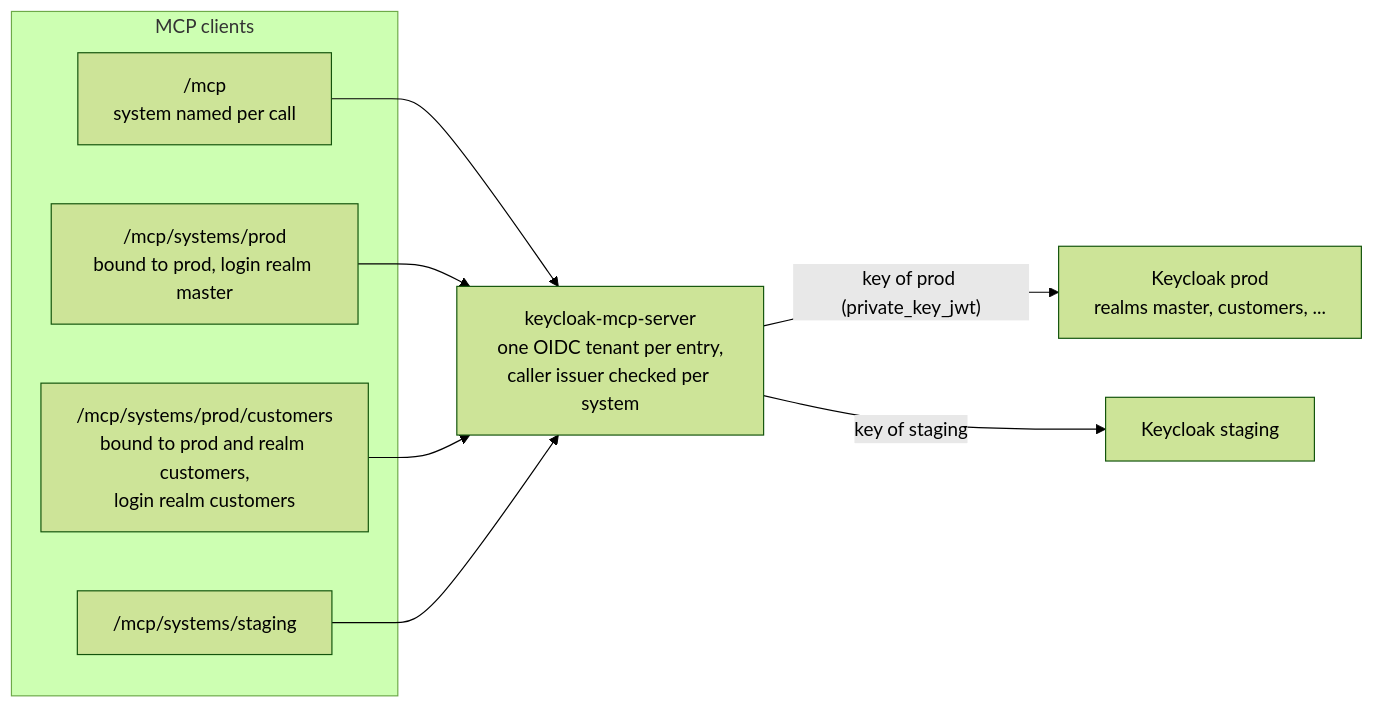
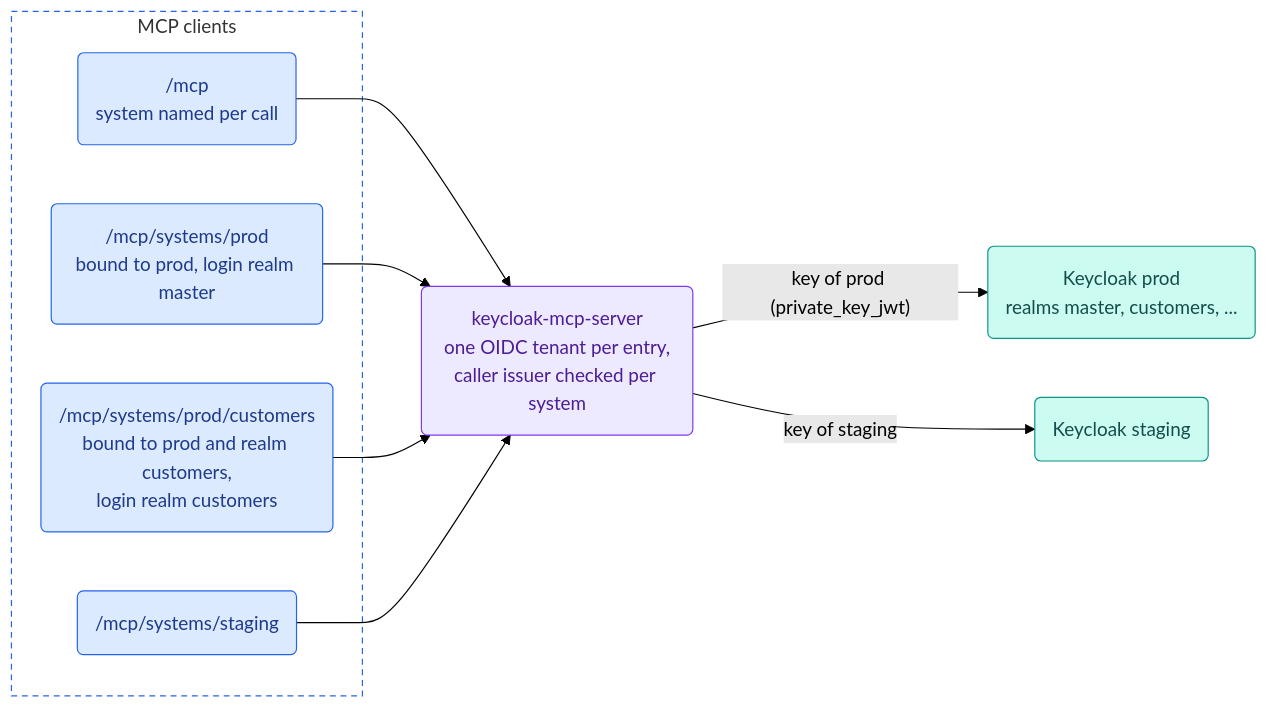
One commit to edewit/keycloak-mcp-server changed the fourth of 8 diagrams in docs/scenarios.md. Above: the diagram before and after it, drawn with Mermaid (forest theme). The commit also changed other lines of this file, not shown here.

Commit message:
Give the scenario diagrams a consistent colour language that works in light and dark themes

````diff
--- a/docs/scenarios.md
+++ b/docs/scenarios.md
@@ -90,16 +114,26 @@
 ```mermaid
 flowchart LR
     subgraph clients["MCP clients"]
-        R["/mcp<br/>system named per call"]
-        EP["/mcp/systems/prod<br/>bound to prod, login realm master"]
-        ER["/mcp/systems/prod/customers<br/>bound to prod and realm customers,<br/>login realm customers"]
-        ES["/mcp/systems/staging"]
+        R("/mcp<br/>system named per call")
+        EP("/mcp/systems/prod<br/>bound to prod, login realm master")
+        ER("/mcp/systems/prod/customers<br/>bound to prod and realm customers,<br/>login realm customers")
+        ES("/mcp/systems/staging")
     end
-    S["keycloak-mcp-server<br/>one OIDC tenant per entry,<br/>caller issuer checked per system"]
+    S("keycloak-mcp-server<br/>one OIDC tenant per entry,<br/>caller issuer checked per system")
     R --> S
     EP --> S
     ER --> S
     ES --> S
-    S -- "key of prod (private_key_jwt)" --> A["Keycloak prod<br/>realms master, customers, ..."]
-    S -- "key of staging" --> B["Keycloak staging"]
+    S -- "key of prod (private_key_jwt)" --> A("Keycloak prod<br/>realms master, customers, ...")
+    S -- "key of staging" --> B("Keycloak staging")
+    classDef client fill:#dbeafe,stroke:#2563eb,color:#1e3a8a
+    classDef server fill:#ede9fe,stroke:#7c3aed,color:#4c1d95
+    classDef keycloak fill:#ccfbf1,stroke:#0d9488,color:#134e4a
+    classDef infra fill:#fef3c7,stroke:#d97706,color:#78350f
+    classDef confirm fill:#ffe4e6,stroke:#e11d48,color:#881337
+    classDef audit fill:#e2e8f0,stroke:#64748b,color:#1e293b
+    class R,EP,ER,ES client
+    class S server
+    class A,B keycloak
+    style clients fill:transparent,stroke:#2563eb,stroke-dasharray:5 4
 ```
````
